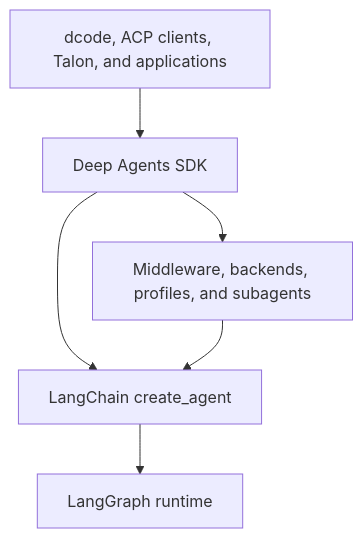
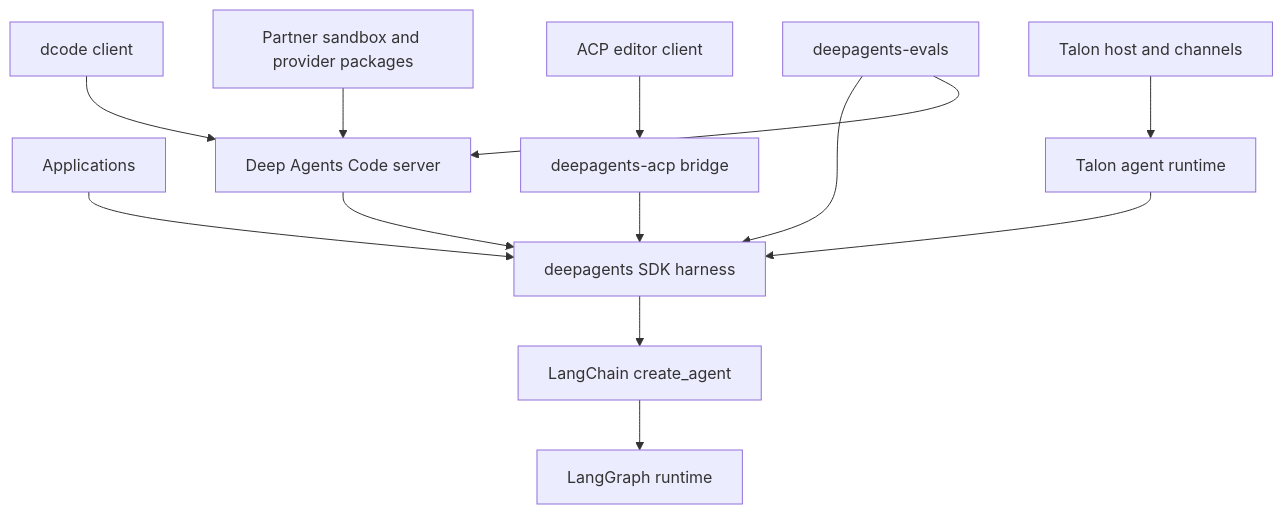
The first of 2 diagrams in openwiki/architecture/overview.md (langchain-ai/deepagents), drawn with Mermaid before and after one commit. The commit also changed other lines of this file and 63 other files, not shown here.

````diff
--- a/openwiki/architecture/overview.md
+++ b/openwiki/architecture/overview.md
@@ -62,8 +49,15 @@
 ```mermaid
 flowchart TD
-  Products["dcode, ACP clients, Talon, and applications"] --> SDK["Deep Agents SDK"]
-  SDK --> LC["LangChain create_agent"]
-  LC --> LG["LangGraph runtime"]
-  SDK --> Harness["Middleware, backends, profiles, and subagents"]
-  Harness --> LC
+  App["Applications"] --> SDK["deepagents SDK harness"]
+  CodeClient["dcode client"] --> CodeServer["Deep Agents Code server"]
+  CodeServer --> SDK
+  ACPClient["ACP editor client"] --> ACP["deepagents-acp bridge"]
+  ACP --> SDK
+  TalonHost["Talon host and channels"] --> TalonRuntime["Talon agent runtime"]
+  TalonRuntime --> SDK
+  Evals["deepagents-evals"] --> SDK
+  Evals --> CodeServer
+  SDK --> LangChain["LangChain create_agent"]
+  LangChain --> LangGraph["LangGraph runtime"]
+  Partners["Partner sandbox and provider packages"] --> CodeServer
 ```
````
